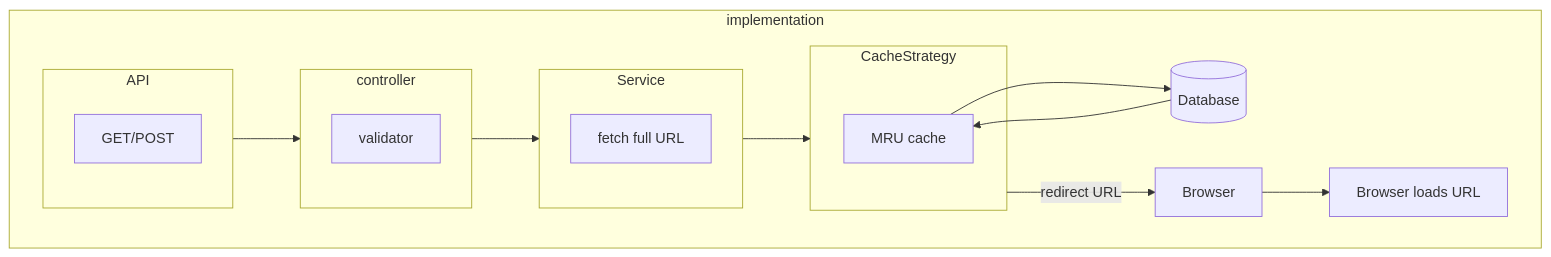
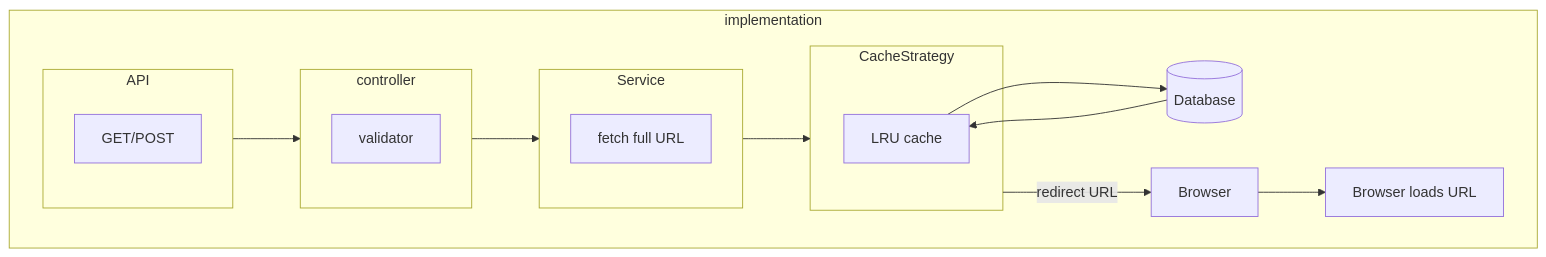
One commit to cat-friend/system-design changed the second of 2 diagrams in diagrams/bitly.md. Above: the diagram before and after it, drawn with Mermaid. The commit also changed other lines of this file, not shown here.

Commit message:
questions

````diff
--- a/diagrams/bitly.md
+++ b/diagrams/bitly.md
@@ -13,31 +13,31 @@
 ```mermaid
 flowchart TD
 
 subgraph implementation
     subgraph API
         method[GET/POST]
     end
 
     subgraph Service
         fetch[fetch full URL]
     end
 
     subgraph CacheStrategy
-        mru[MRU cache]
+        lru[LRU cache]
     end
 
     db[(Database)]
 
     subgraph controller
         validator
     end
     API --> controller
     controller --> Service
     Service --> CacheStrategy
-    mru --> db
-    db --> mru
+    lru --> db
+    db --> lru
     CacheStrategy -- redirect URL --> Browser
 
     Browser --> Z[Browser loads URL]
 end
 ```
````
